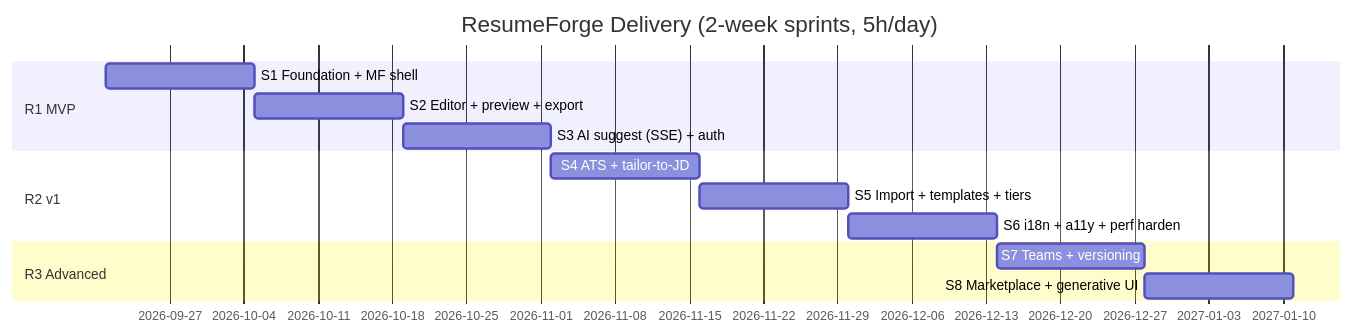
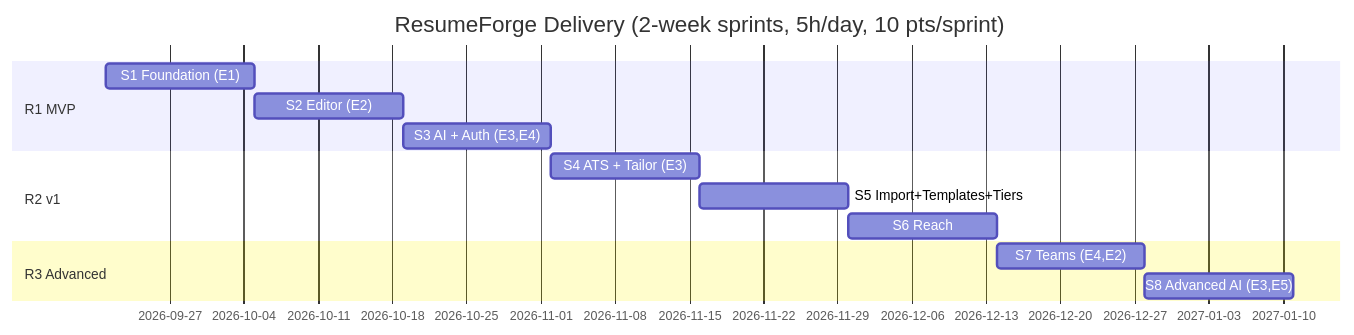
The first of 2 diagrams in Next/Project/ResumeForge/plan/06-Delivery-Plan.md (RajkishoreJena30/StudyNote), drawn with Mermaid before and after one commit. The commit also changed other lines of this file and 6 other files, not shown here.

````diff
--- a/Next/Project/ResumeForge/plan/06-Delivery-Plan.md
+++ b/Next/Project/ResumeForge/plan/06-Delivery-Plan.md
@@ -18,16 +63,16 @@
 ```mermaid
 gantt
-    title ResumeForge Delivery (2-week sprints, 5h/day)
+    title ResumeForge Delivery (2-week sprints, 5h/day, 10 pts/sprint)
     dateFormat  YYYY-MM-DD
     section R1 MVP
-    S1 Foundation + MF shell      :s1, 2026-09-21, 14d
-    S2 Editor + preview + export  :s2, after s1, 14d
-    S3 AI suggest (SSE) + auth    :s3, after s2, 14d
+    S1 Foundation (E1)            :s1, 2026-09-21, 14d
+    S2 Editor (E2)                :s2, after s1, 14d
+    S3 AI + Auth (E3,E4)          :s3, after s2, 14d
     section R2 v1
-    S4 ATS + tailor-to-JD         :s4, after s3, 14d
-    S5 Import + templates + tiers :s5, after s4, 14d
-    S6 i18n + a11y + perf harden  :s6, after s5, 14d
+    S4 ATS + Tailor (E3)          :s4, after s3, 14d
+    S5 Import+Templates+Tiers     :s5, after s4, 14d
+    S6 Reach: i18n/a11y/perf      :s6, after s5, 14d
     section R3 Advanced
-    S7 Teams + versioning         :s7, after s6, 14d
-    S8 Marketplace + generative UI:s8, after s7, 14d
+    S7 Teams (E4,E2)              :s7, after s6, 14d
+    S8 Advanced AI (E3,E5)        :s8, after s7, 14d
 ```
````
